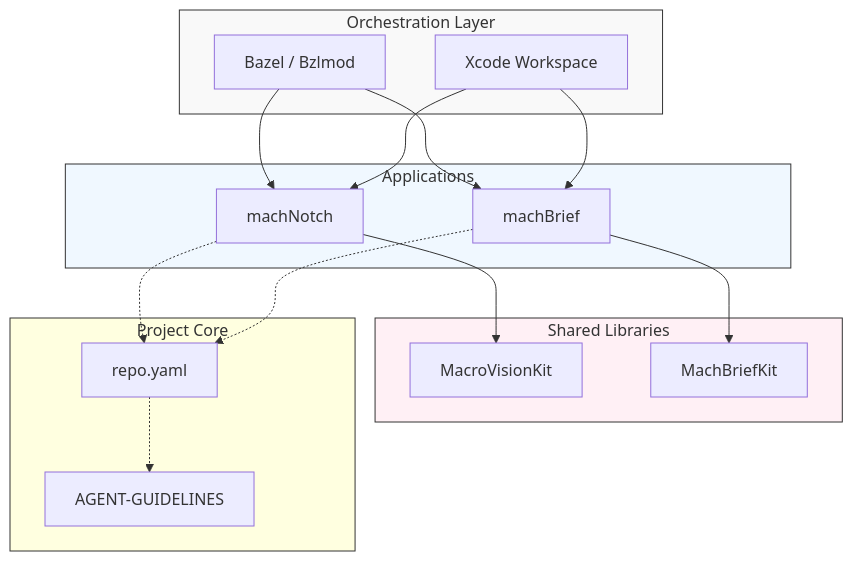
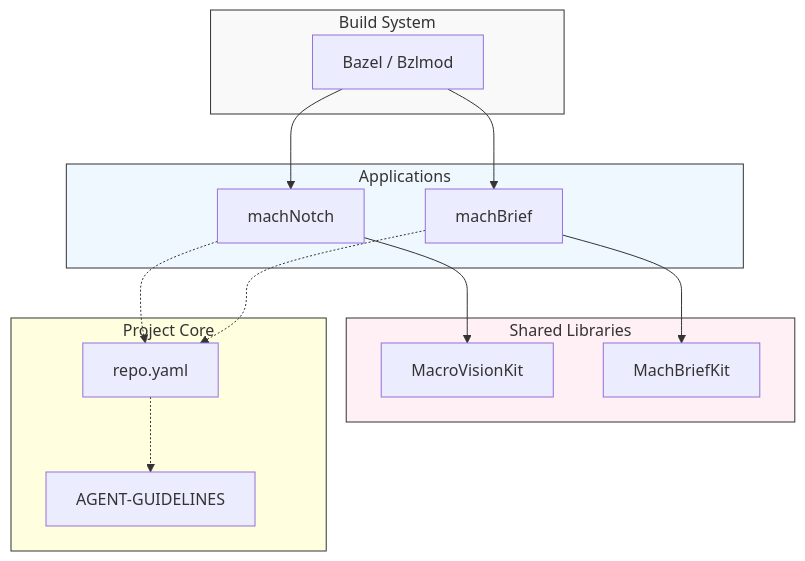
The diagram in README.md (larsboes/mach-mono), drawn with Mermaid before and after one commit. The commit also changed other lines of this file and 48 other files, not shown here.

````diff
--- a/README.md
+++ b/README.md
@@ -113,40 +113,38 @@
 ```mermaid
 graph TD
     %% Define Layers
-    subgraph BuildOrchestration [Orchestration Layer]
+    subgraph BuildOrchestration [Build System]
         BZ[Bazel / Bzlmod]
-        XC[Xcode Workspace]
     end
 
     subgraph Apps [Applications]
         MN[machNotch]
         MB[machBrief]
     end
 
     subgraph Packages [Shared Libraries]
         MVK[MacroVisionKit]
         MBK[MachBriefKit]
     end
 
     subgraph Core [Project Core]
         RY[repo.yaml]
         AG[AGENT-GUIDELINES]
     end
 
     %% Connections
     BZ --> MN & MB
-    XC --> MN & MB
     
     MN --> MVK
     MB --> MBK
 
     %% Core references
     MN & MB -.-> RY
     RY -.-> AG
 
     %% Styling
     style BuildOrchestration fill:#f9f9f9,stroke:#333
     style Apps fill:#f0f8ff,stroke:#333
     style Packages fill:#fff0f5,stroke:#333
     style Core fill:#ffffe0,stroke:#333
 ```
````
